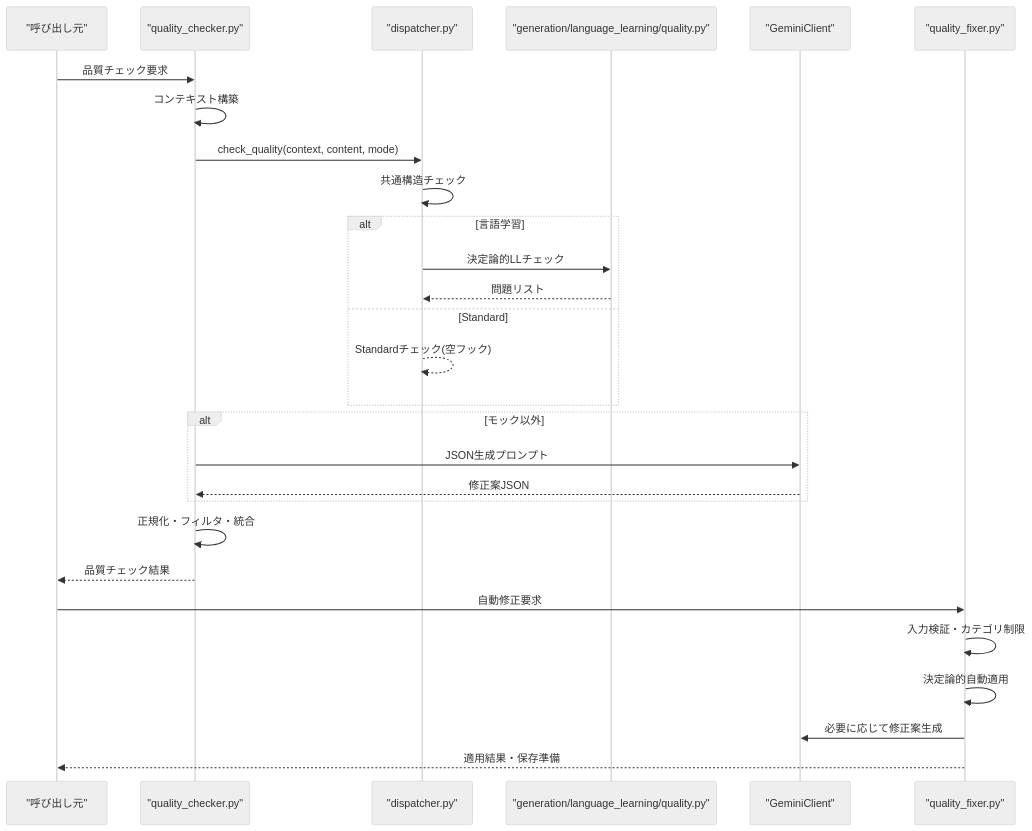
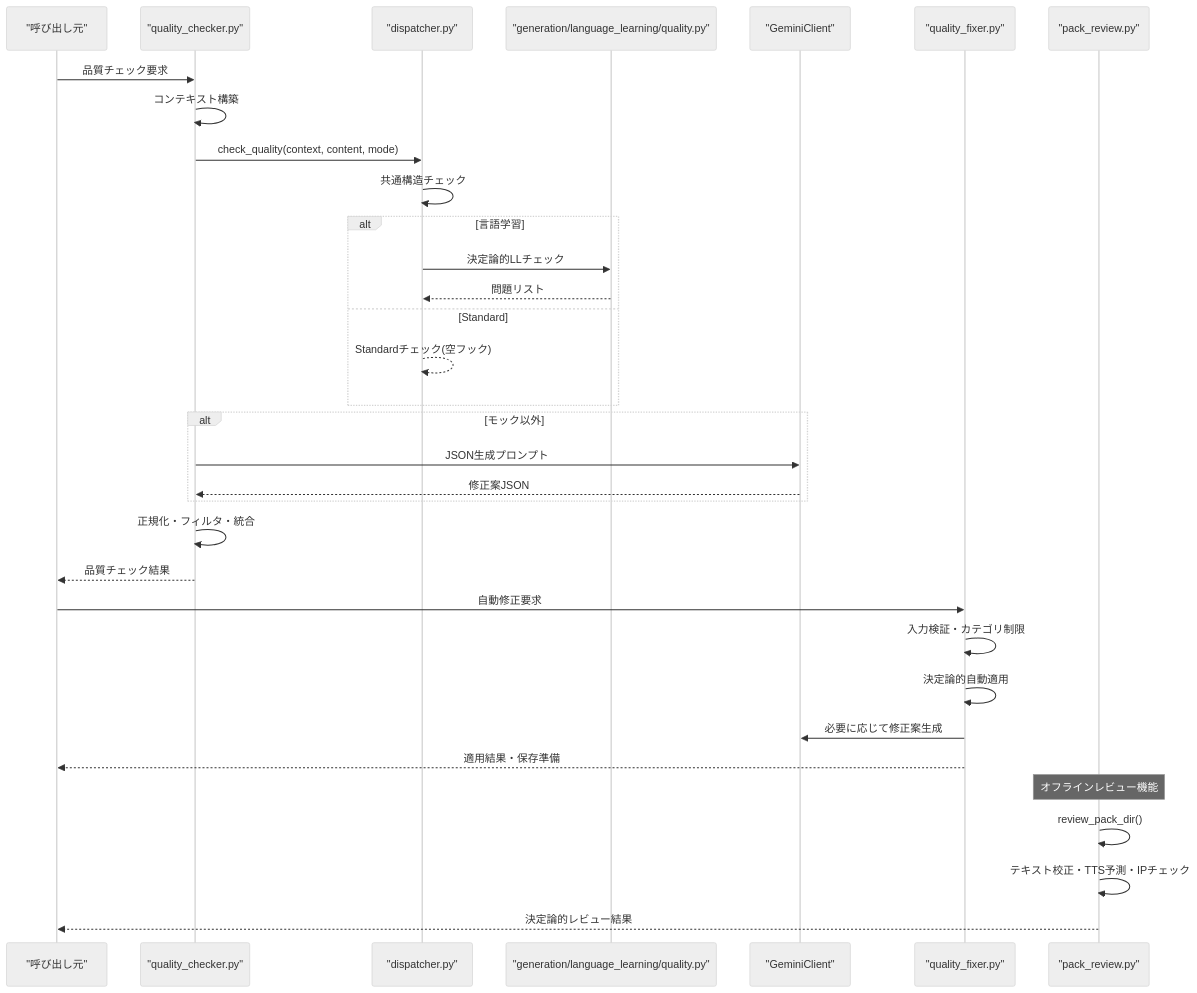
The second of 8 diagrams in .qoder/repowiki/ja/content/品質チェック・自動修正サブシステム.md (RazWeb3/sokqa-studio), drawn with Mermaid (neutral theme) before and after one commit. The commit also changed other lines of this file and 1 other file, not shown here.

First line of the commit message:
feat(pack_review): オフラインパックレビュー機能を追加する

````diff
--- a/.qoder/repowiki/ja/content/品質チェック・自動修正サブシステム.md
+++ b/.qoder/repowiki/ja/content/品質チェック・自動修正サブシステム.md
@@ -90,30 +109,35 @@
 ```mermaid
 sequenceDiagram
 participant API as "呼び出し元"
 participant QC as "quality_checker.py"
 participant D as "dispatcher.py"
 participant LLQ as "generation/language_learning/quality.py"
 participant LLM as "GeminiClient"
 participant QF as "quality_fixer.py"
+participant PR as "pack_review.py"
 API->>QC : 品質チェック要求
 QC->>QC : コンテキスト構築
 QC->>D : check_quality(context, content, mode)
 D->>D : 共通構造チェック
 alt 言語学習
 D->>LLQ : 決定論的LLチェック
 LLQ-->>D : 問題リスト
 else Standard
 D-->>D : Standardチェック(空フック)
 end
 alt モック以外
 QC->>LLM : JSON生成プロンプト
 LLM-->>QC : 修正案JSON
 end
 QC->>QC : 正規化・フィルタ・統合
 QC-->>API : 品質チェック結果
 API->>QF : 自動修正要求
 QF->>QF : 入力検証・カテゴリ制限
 QF->>QF : 決定論的自動適用
 QF->>LLM : 必要に応じて修正案生成
 QF-->>API : 適用結果・保存準備
+Note over PR : オフラインレビュー機能
+PR->>PR : review_pack_dir()
+PR->>PR : テキスト校正・TTS予測・IPチェック
+PR-->>API : 決定論的レビュー結果
 ```
````
